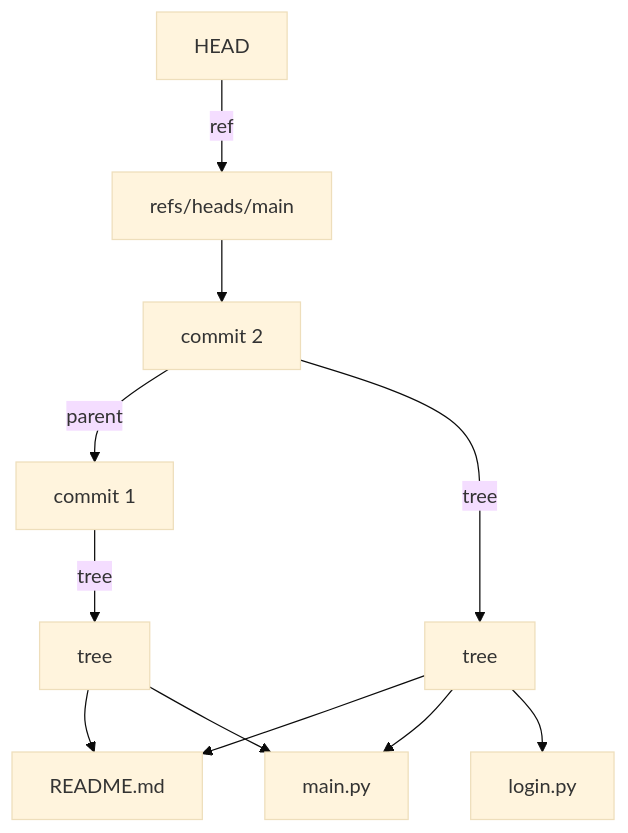
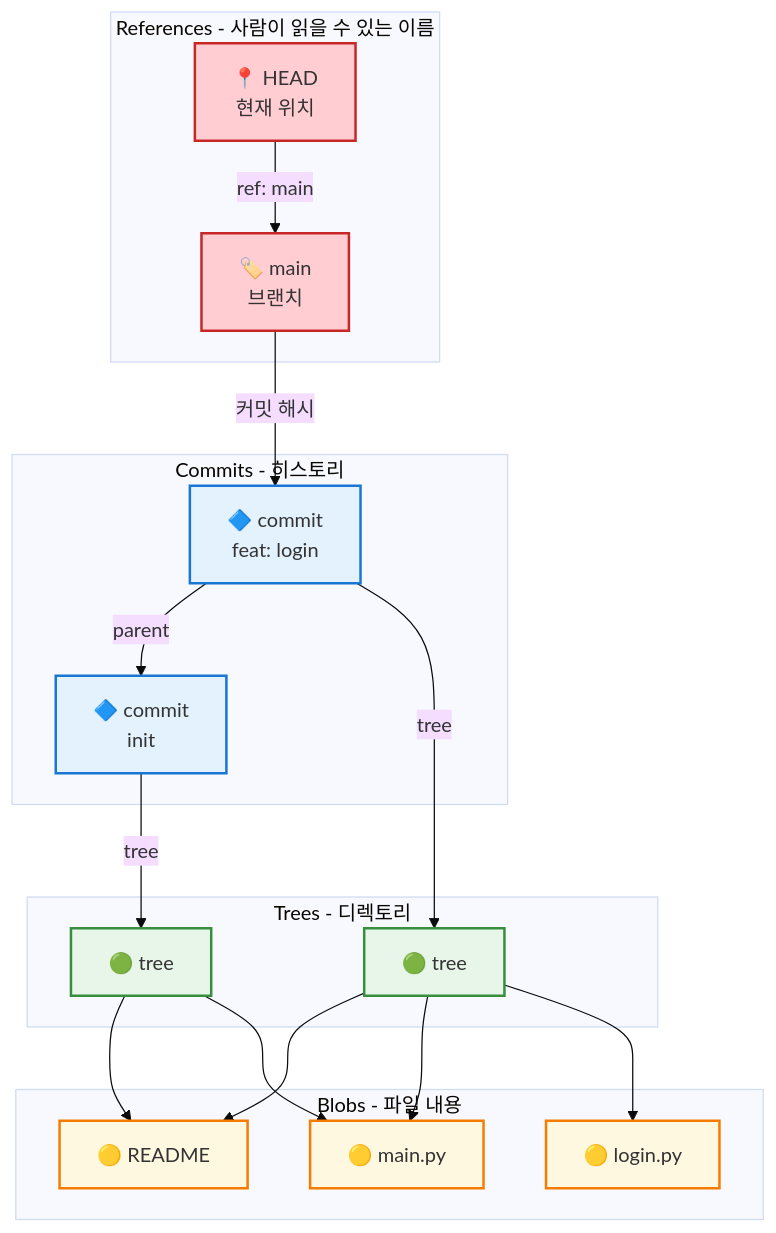
The fifth of 8 diagrams in content/posts/git-internals-01-object-storage.md (hiddenpunch/hiddenpunch.github.io), drawn with Mermaid (base theme) before and after one commit. The commit also changed other lines of this file, not shown here.

Commit message:
Improve diagrams with explanations and styling

```diff
--- a/content/posts/git-internals-01-object-storage.md
+++ b/content/posts/git-internals-01-object-storage.md
@@ -108,13 +213,44 @@
 <div class="mermaid">
 flowchart TB
-    HEAD[HEAD] -->|ref| MAIN[refs/heads/main]
-    MAIN --> C2[commit 2]
-    C2 -->|parent| C1[commit 1]
-    C2 -->|tree| T2[tree]
-    C1 -->|tree| T1[tree]
-    T2 --> B1[README.md]
-    T2 --> B2[main.py]
-    T2 --> B3[login.py]
+    subgraph refs[References - 사람이 읽을 수 있는 이름]
+        HEAD[📍 HEAD<br/>현재 위치]
+        MAIN[🏷️ main<br/>브랜치]
+    end
+    
+    subgraph commits[Commits - 히스토리]
+        C2[🔷 commit<br/>feat: login]
+        C1[🔷 commit<br/>init]
+    end
+    
+    subgraph trees[Trees - 디렉토리]
+        T2[🟢 tree]
+        T1[🟢 tree]
+    end
+    
+    subgraph blobs[Blobs - 파일 내용]
+        B1[🟡 README]
+        B2[🟡 main.py]
+        B3[🟡 login.py]
+    end
+    
+    HEAD -->|"ref: main"| MAIN
+    MAIN -->|"커밋 해시"| C2
+    C2 -->|"parent"| C1
+    C2 -->|"tree"| T2
+    C1 -->|"tree"| T1
+    T2 --> B1
+    T2 --> B2
+    T2 --> B3
     T1 --> B1
     T1 --> B2
+    
+    style HEAD fill:#ffcdd2,stroke:#c62828,stroke-width:2px
+    style MAIN fill:#ffcdd2,stroke:#c62828,stroke-width:2px
+    style C2 fill:#e3f2fd,stroke:#1976d2,stroke-width:2px
+    style C1 fill:#e3f2fd,stroke:#1976d2,stroke-width:2px
+    style T2 fill:#e8f5e9,stroke:#388e3c,stroke-width:2px
+    style T1 fill:#e8f5e9,stroke:#388e3c,stroke-width:2px
+    style B1 fill:#fff8e1,stroke:#f57c00,stroke-width:2px
+    style B2 fill:#fff8e1,stroke:#f57c00,stroke-width:2px
+    style B3 fill:#fff8e1,stroke:#f57c00,stroke-width:2px
 </div>
```
